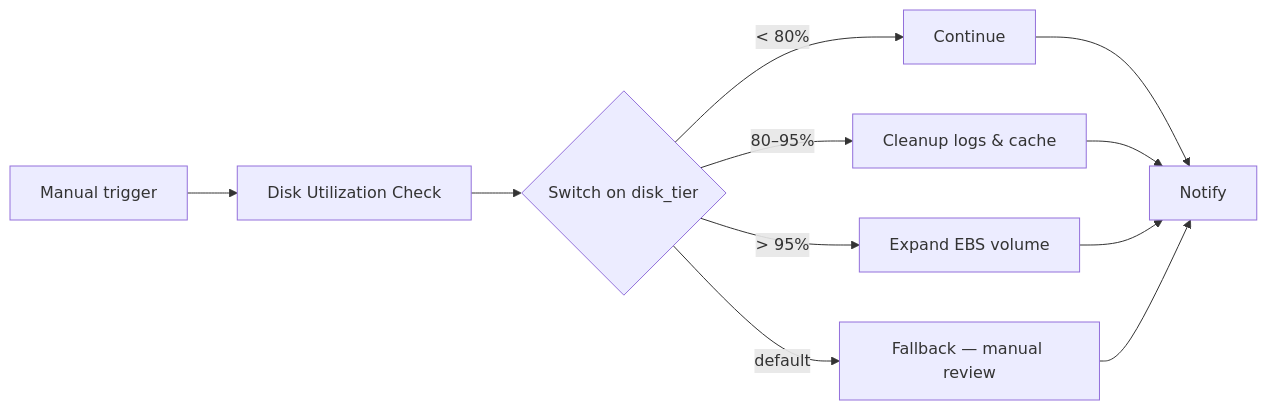
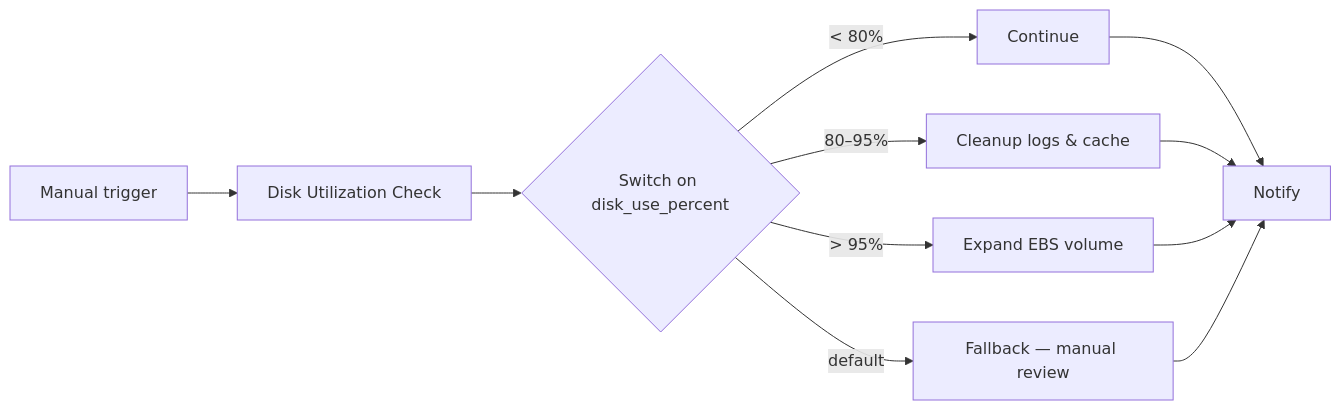
The diagram in disk-utilization/README.md (abwalczyk/aap-orchestrator-demos), drawn with Mermaid before and after one commit. The commit also changed other lines of this file and 7 other files, not shown here.

First line of the commit message:
Publish numeric disk_use_percent and restore AO threshold routing.

````diff
--- a/disk-utilization/README.md
+++ b/disk-utilization/README.md
@@ -30,13 +30,13 @@
 ```mermaid
 flowchart LR
   A[Manual trigger] --> B[Disk Utilization Check]
-  B --> C{Switch on disk_tier}
+  B --> C{Switch on disk_use_percent}
   C -->|"< 80%"| D[Continue]
   C -->|"80–95%"| E[Cleanup logs & cache]
   C -->|"> 95%"| F[Expand EBS volume]
   C -->|default| G[Fallback — manual review]
   D --> H[Notify]
   E --> H
   F --> H
   G --> H
 ```
````
